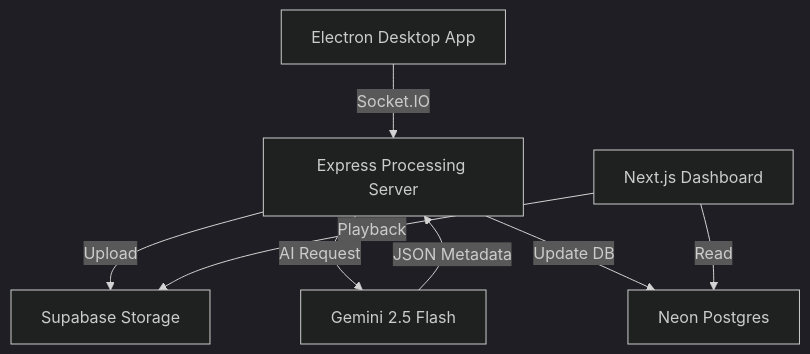
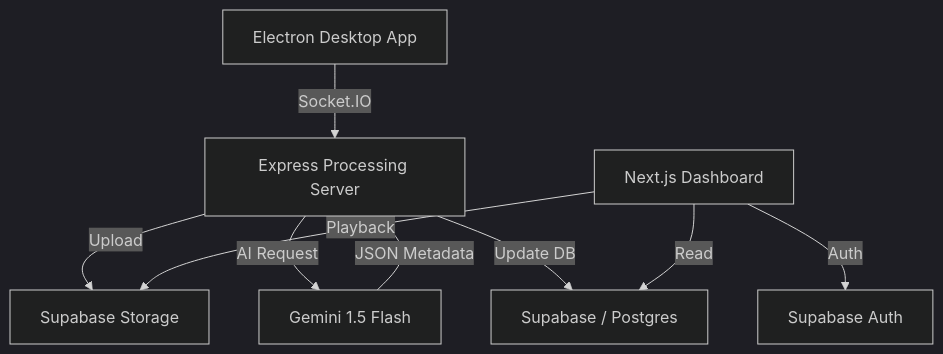
One commit to YumiNoona/Vintyl changed the diagram in README.md. Above: the diagram before and after it, drawn with Mermaid (dark theme). The commit also changed other lines of this file and 76 other files, not shown here.

````diff
--- a/README.md
+++ b/README.md
@@ -97,10 +42,11 @@
 ```mermaid
 graph TD
     A[Electron Desktop App] -->|Socket.IO| B[Express Processing Server]
     B -->|Upload| C[Supabase Storage]
-    B -->|AI Request| D[Gemini 2.5 Flash]
+    B -->|AI Request| D[Gemini 1.5 Flash]
     D -->|JSON Metadata| B
-    B -->|Update DB| E[Neon Postgres]
+    B -->|Update DB| E[Supabase / Postgres]
     F[Next.js Dashboard] -->|Read| E
     F -->|Playback| C
+    F -->|Auth| G[Supabase Auth]
 ```
````
